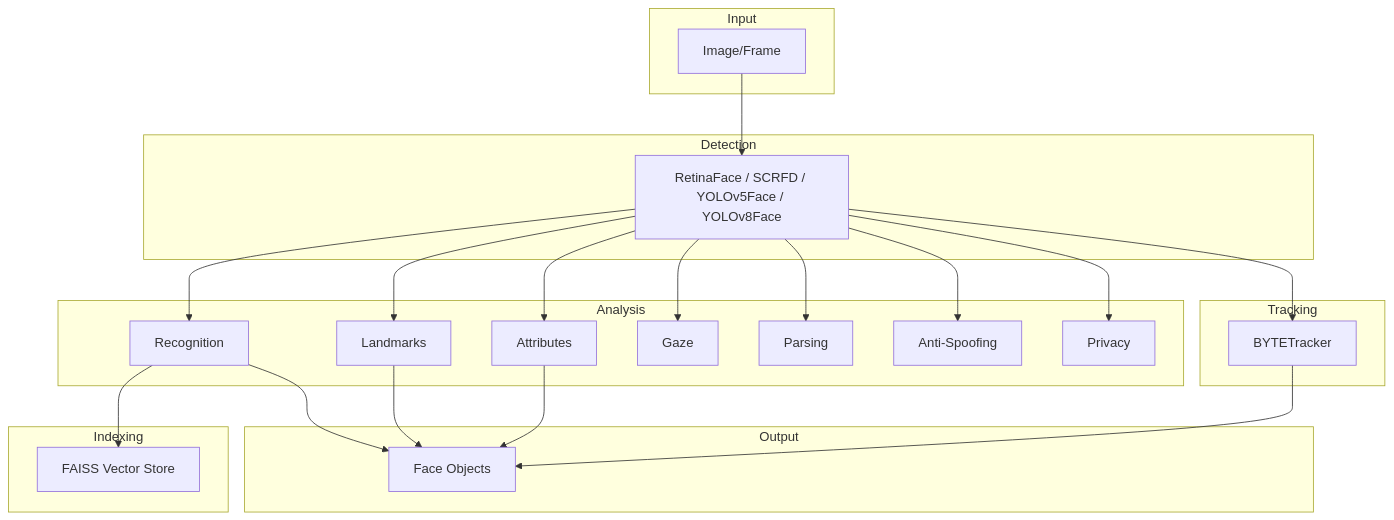
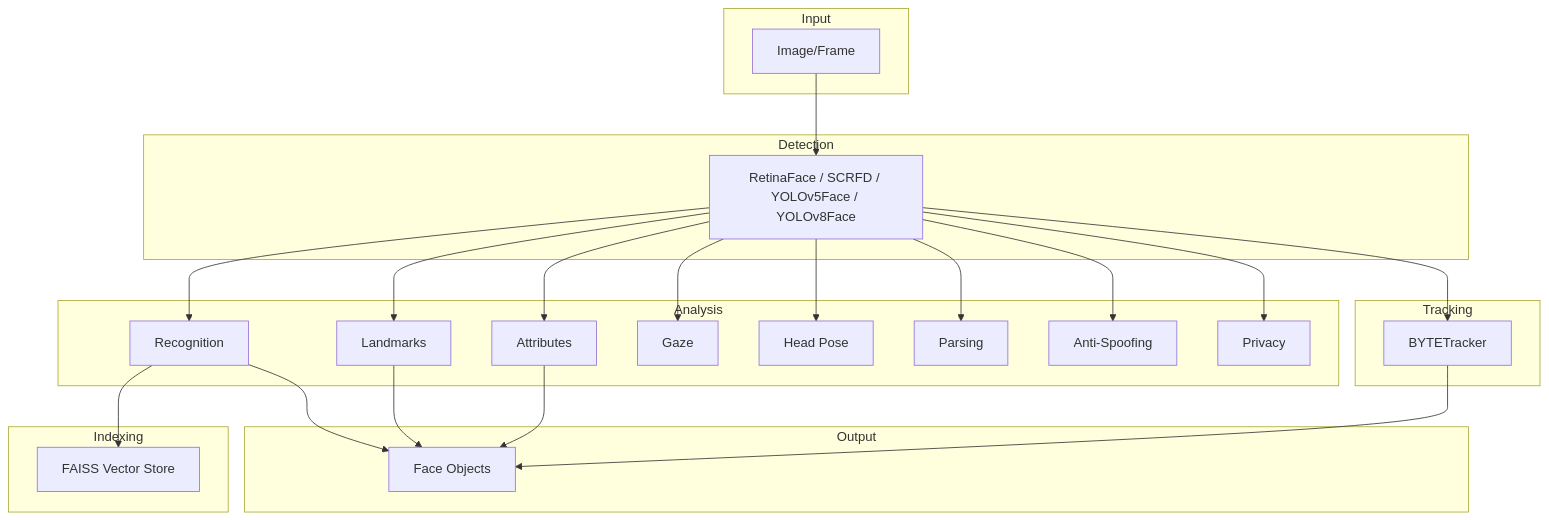
Before and after one commit to yakhyo/uniface: the diagram in docs/concepts/overview.md, drawn with Mermaid. The commit also changed other lines of this file and 35 other files, not shown here.

First line of the commit message:
feat: Add head pose estimation model (#99)

````diff
--- a/docs/concepts/overview.md
+++ b/docs/concepts/overview.md
@@ -11,47 +11,49 @@
 ```mermaid
 graph TB
     subgraph Input
         IMG[Image/Frame]
     end
 
     subgraph Detection
         DET[RetinaFace / SCRFD / YOLOv5Face / YOLOv8Face]
     end
 
     subgraph Analysis
         REC[Recognition]
         LMK[Landmarks]
         ATTR[Attributes]
         GAZE[Gaze]
+        HPOSE[Head Pose]
         PARSE[Parsing]
         SPOOF[Anti-Spoofing]
         PRIV[Privacy]
     end
 
     subgraph Tracking
         TRK[BYTETracker]
     end
 
     subgraph Indexing
         IDX[FAISS Vector Store]
     end
 
     subgraph Output
         FACE[Face Objects]
     end
 
     IMG --> DET
     DET --> REC
     DET --> LMK
     DET --> ATTR
     DET --> GAZE
+    DET --> HPOSE
     DET --> PARSE
     DET --> SPOOF
     DET --> PRIV
     DET --> TRK
     REC --> IDX
     REC --> FACE
     LMK --> FACE
     ATTR --> FACE
     TRK --> FACE
 ```
````
